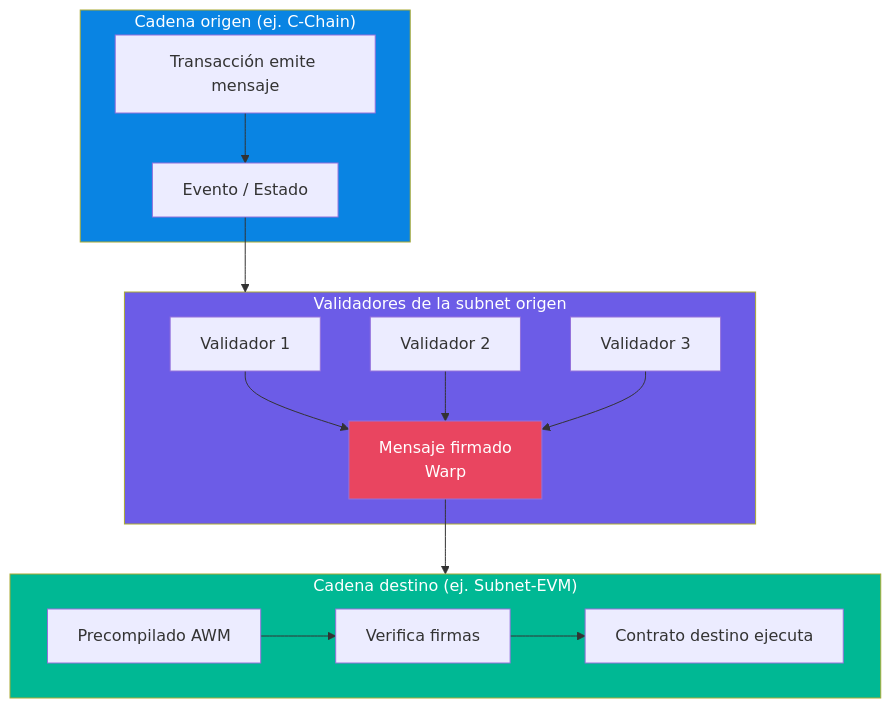
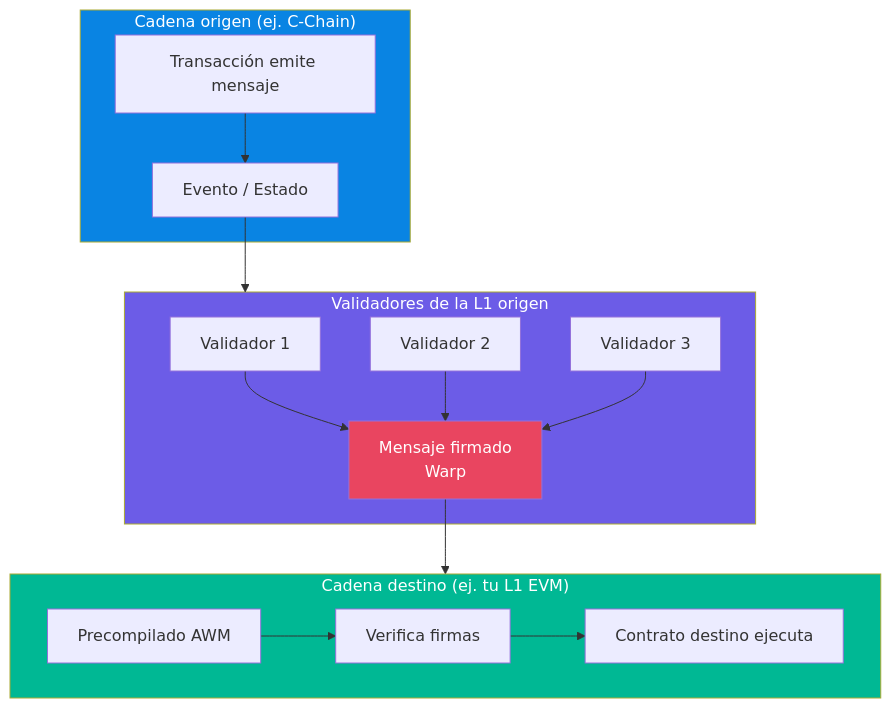
One commit to MarxMad/Avax-Guide changed the second of 8 diagrams in semana-2/02-teleporter-awm.md. Above: the diagram before and after it, drawn with Mermaid. The commit also changed other lines of this file and 10 other files, not shown here.

````diff
--- a/semana-2/02-teleporter-awm.md
+++ b/semana-2/02-teleporter-awm.md
@@ -61,28 +61,28 @@
 ```mermaid
 flowchart TB
     subgraph Origen["Cadena origen (ej. C-Chain)"]
         Tx[Transacción emite mensaje]
         Tx --> Log[Evento / Estado]
     end
 
-    subgraph Validadores["Validadores de la subnet origen"]
+    subgraph Validadores["Validadores de la L1 origen"]
         V1[Validador 1]
         V2[Validador 2]
         V3[Validador 3]
         V1 & V2 & V3 --> Firma[Mensaje firmado<br/>Warp]
     end
 
     Log --> Validadores
     Firma --> Destino
 
-    subgraph Destino["Cadena destino (ej. Subnet-EVM)"]
+    subgraph Destino["Cadena destino (ej. tu L1 EVM)"]
         Precompile[Precompilado AWM]
         Precompile --> Verificar[Verifica firmas]
         Verificar --> Contrato[Contrato destino ejecuta]
     end
 
     style Origen fill:#0984e3,color:#fff
     style Validadores fill:#6c5ce7,color:#fff
     style Destino fill:#00b894,color:#fff
     style Firma fill:#e94560,color:#fff
 ```
````
